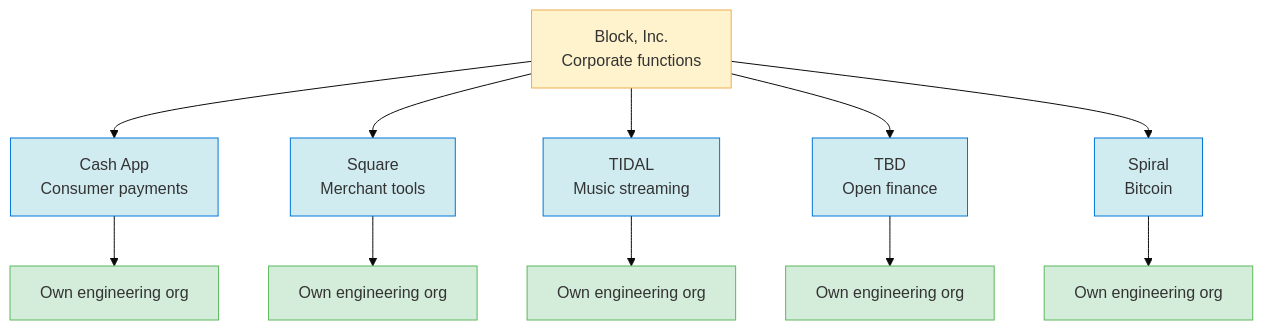
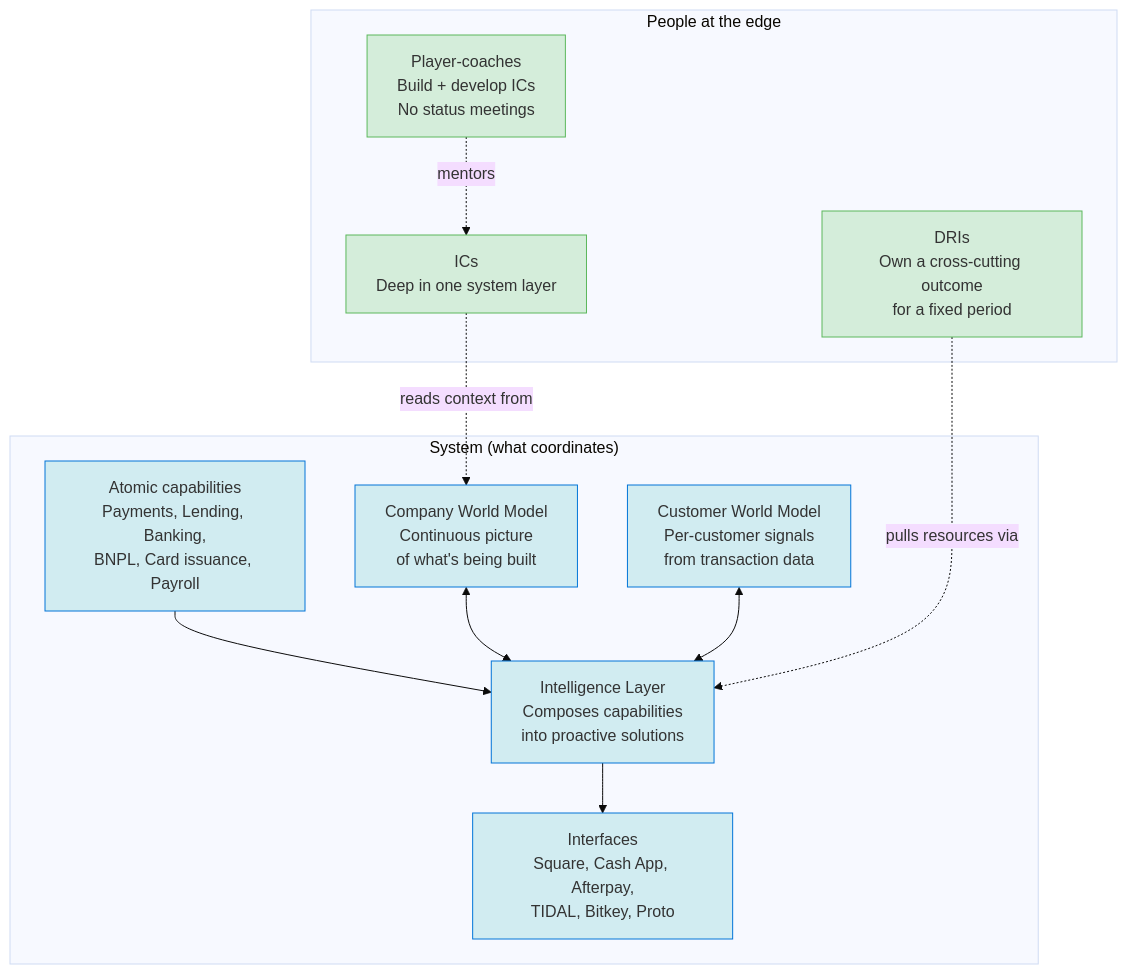
The ninth of 9 diagrams in people/team-structure.md (msanvido/eng-managers-handbook), drawn with Mermaid (base theme) before and after one commit. The commit also changed other lines of this file, not shown here.

Commit message:
Rewrite Block section around "From Hierarchy to Intelligence" (2025)
The previous section was based on the 2021 multi-brand "ecosystem"
framing (Cash App, Square, TIDAL, TBD, Spiral as semi-autonomous
business units). Block has since described a fundamentally different
model in their 2025 post — organizing the company as a "mini-AGI" and
explicitly using AI to replace the information-routing function of
middle management.

- Retitle: "the multi-brand 'ecosystem' model" -> "from hierarchy to
  intelligence", linking the source post.
- Replace the holding-company diagram with a system+people diagram:
  five system components (atomic capabilities, company world model,
  customer world model, intelligence layer, interfaces) and three
  people roles (ICs, DRIs, player-coaches).
- Rewrite prose to cover the central claim (span-of-control as a
  2,000-year constraint AI can now relax), the role definitions,
  the prerequisites Block names, and the explicit caveat that this
  is more philosophy than blueprint at this stage.

```diff
--- a/people/team-structure.md
+++ b/people/team-structure.md
@@ -455,23 +455,30 @@
 {% mermaid %}
 graph TD;
-    BLOCK[Block, Inc.<br>Corporate functions];
+    subgraph "System (what coordinates)";
+        CAPS[Atomic capabilities<br>Payments, Lending, Banking,<br>BNPL, Card issuance, Payroll];
+        WORLD[Company World Model<br>Continuous picture<br>of what's being built];
+        CUSTOMER[Customer World Model<br>Per-customer signals<br>from transaction data];
+        ENGINE[Intelligence Layer<br>Composes capabilities<br>into proactive solutions];
+        INTERFACES[Interfaces<br>Square, Cash App, Afterpay,<br>TIDAL, Bitkey, Proto];
+    end;
 
-    BLOCK --> CASH[Cash App<br>Consumer payments];
-    BLOCK --> SQ[Square<br>Merchant tools];
-    BLOCK --> TIDAL[TIDAL<br>Music streaming];
-    BLOCK --> TBD[TBD<br>Open finance];
-    BLOCK --> SP[Spiral<br>Bitcoin];
+    CAPS --> ENGINE;
+    WORLD <--> ENGINE;
+    CUSTOMER <--> ENGINE;
+    ENGINE --> INTERFACES;
 
-    CASH --> CASH_ENG[Own engineering org];
-    SQ --> SQ_ENG[Own engineering org];
-    TIDAL --> TIDAL_ENG[Own engineering org];
-    TBD --> TBD_ENG[Own engineering org];
-    SP --> SP_ENG[Own engineering org];
+    subgraph "People at the edge";
+        IC[ICs<br>Deep in one system layer];
+        DRI[DRIs<br>Own a cross-cutting outcome<br>for a fixed period];
+        PC[Player-coaches<br>Build + develop ICs<br>No status meetings];
+    end;
 
-    classDef parent fill:#fff3cd,stroke:#f0ad4e;
-    classDef ecosystem fill:#d1ecf1,stroke:#0275d8;
-    classDef eng fill:#d4edda,stroke:#5cb85c;
-    class BLOCK parent;
-    class CASH,SQ,TIDAL,TBD,SP ecosystem;
-    class CASH_ENG,SQ_ENG,TIDAL_ENG,TBD_ENG,SP_ENG eng;
+    IC -.->|reads context from| WORLD;
+    DRI -.->|pulls resources via| ENGINE;
+    PC -.->|mentors| IC;
+
+    classDef system fill:#d1ecf1,stroke:#0275d8;
+    classDef people fill:#d4edda,stroke:#5cb85c;
+    class CAPS,WORLD,CUSTOMER,ENGINE,INTERFACES system;
+    class IC,DRI,PC people;
 {% endmermaid %}
```
